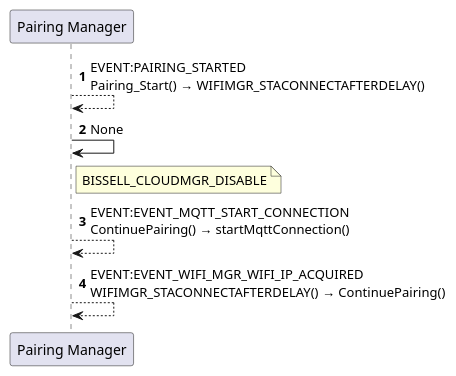
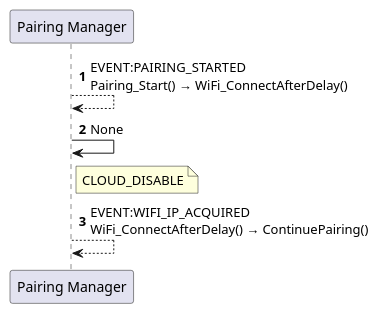
Before and after one commit to tvanfossen/doxygen-guard: the diagram in docs/generated/sequences/REQ-0252.puml, drawn with PlantUML. The commit also changed 5 other files, not shown here.

```diff
--- a/docs/generated/sequences/REQ-0252.puml
+++ b/docs/generated/sequences/REQ-0252.puml
@@ -1,12 +1,11 @@
 @startuml REQ-0252
 autonumber
 
 participant "Pairing Manager" as Pairing_Manager
 
-Pairing_Manager --> Pairing_Manager: EVENT:PAIRING_STARTED\nPairing_Start() → WIFIMGR_STACONNECTAFTERDELAY()
+Pairing_Manager --> Pairing_Manager: EVENT:PAIRING_STARTED\nPairing_Start() → WiFi_ConnectAfterDelay()
 Pairing_Manager -> Pairing_Manager: None
-note right of Pairing_Manager: BISSELL_CLOUDMGR_DISABLE
-Pairing_Manager --> Pairing_Manager: EVENT:EVENT_MQTT_START_CONNECTION\nContinuePairing() → startMqttConnection()
-Pairing_Manager --> Pairing_Manager: EVENT:EVENT_WIFI_MGR_WIFI_IP_ACQUIRED\nWIFIMGR_STACONNECTAFTERDELAY() → ContinuePairing()
+note right of Pairing_Manager: CLOUD_DISABLE
+Pairing_Manager --> Pairing_Manager: EVENT:WIFI_IP_ACQUIRED\nWiFi_ConnectAfterDelay() → ContinuePairing()
 
 @enduml
```
